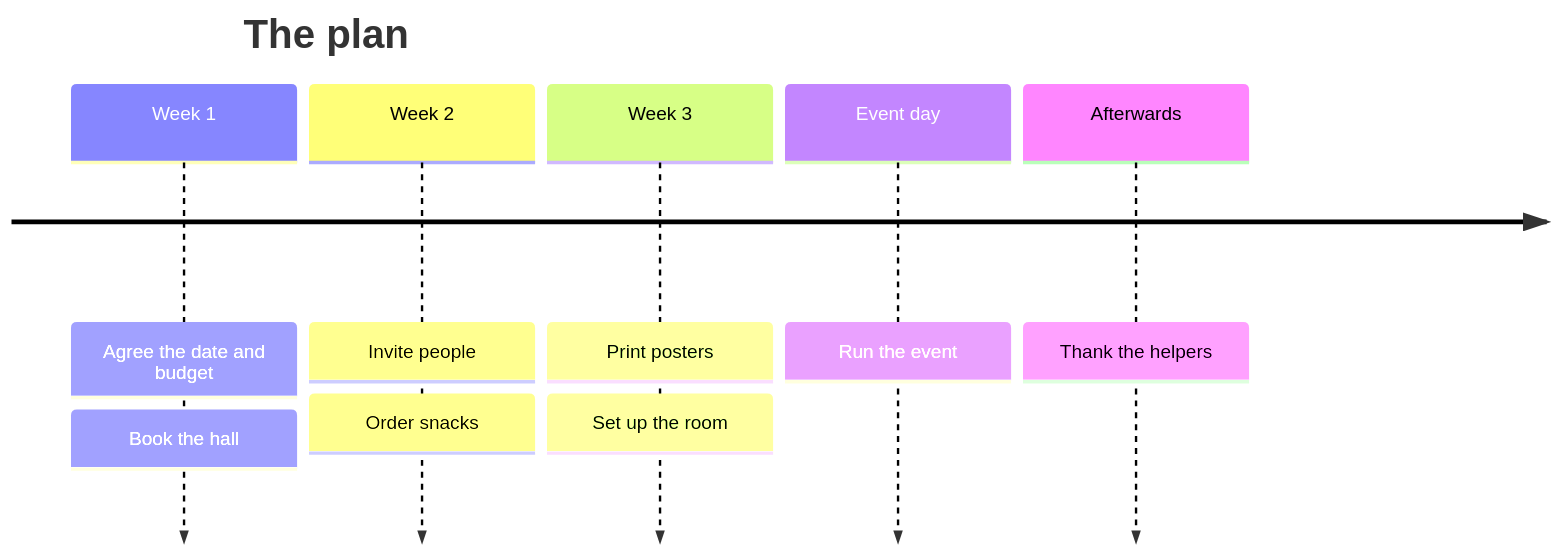
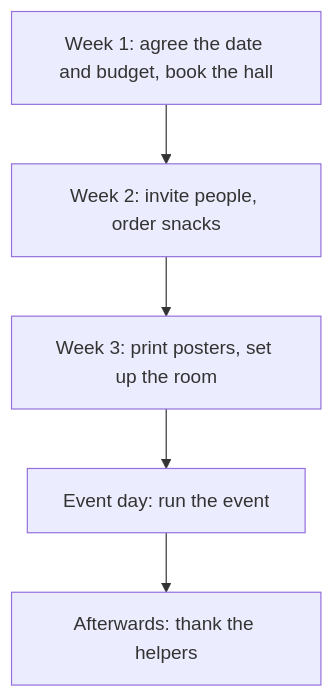
One commit to benthepsychologist/booklet-registry changed the diagram in modules/tpl-project-board.md. Above: the diagram before and after it, drawn with Mermaid. The commit also changed other lines of this file and 3 other files, not shown here.

Commit message:
Templates: diagrams fit a narrow column (top-to-bottom), Allow note true on both Obsidian versions

````diff
--- a/modules/tpl-project-board.md
+++ b/modules/tpl-project-board.md
@@ -124,9 +124,7 @@
 ```mermaid
-timeline
-  title The plan
-  Week 1 : Agree the date and budget : Book the hall
-  Week 2 : Invite people : Order snacks
-  Week 3 : Print posters : Set up the room
-  Event day : Run the event
-  Afterwards : Thank the helpers
+flowchart TD
+  A[Week 1: agree the date and budget, book the hall] --> B[Week 2: invite people, order snacks]
+  B --> C[Week 3: print posters, set up the room]
+  C --> D[Event day: run the event]
+  D --> E[Afterwards: thank the helpers]
 ```
````
